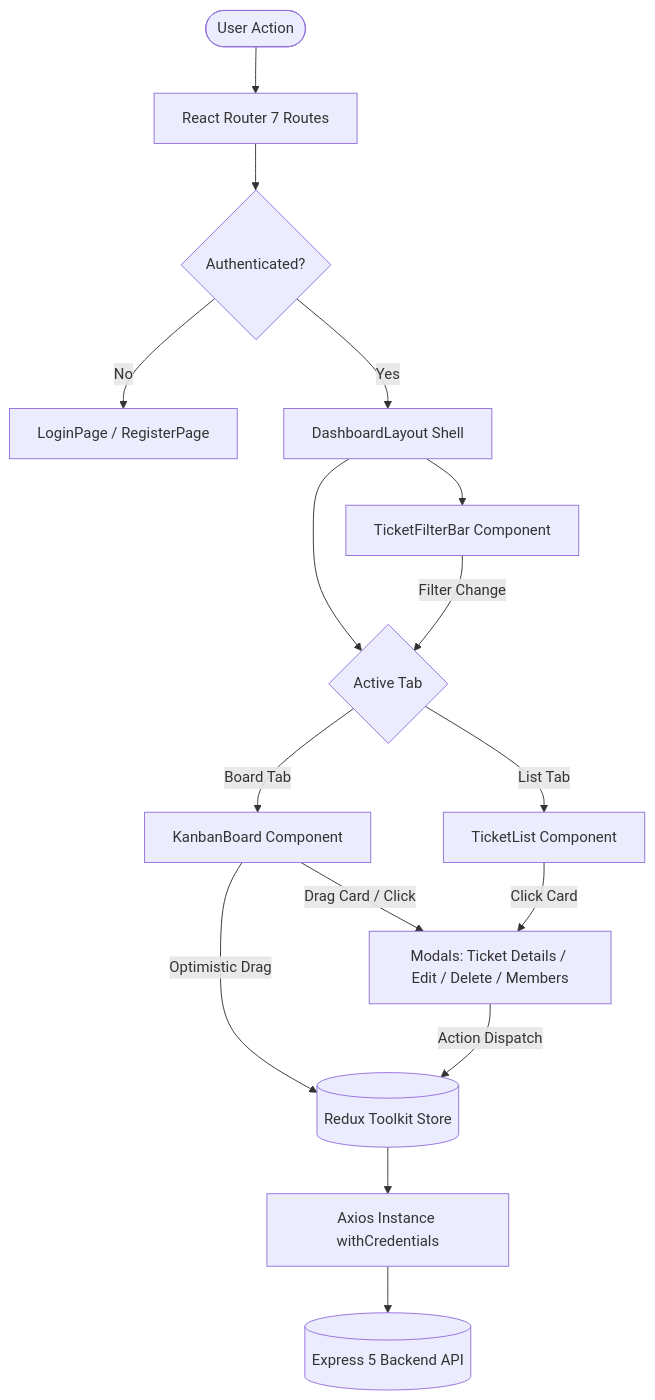
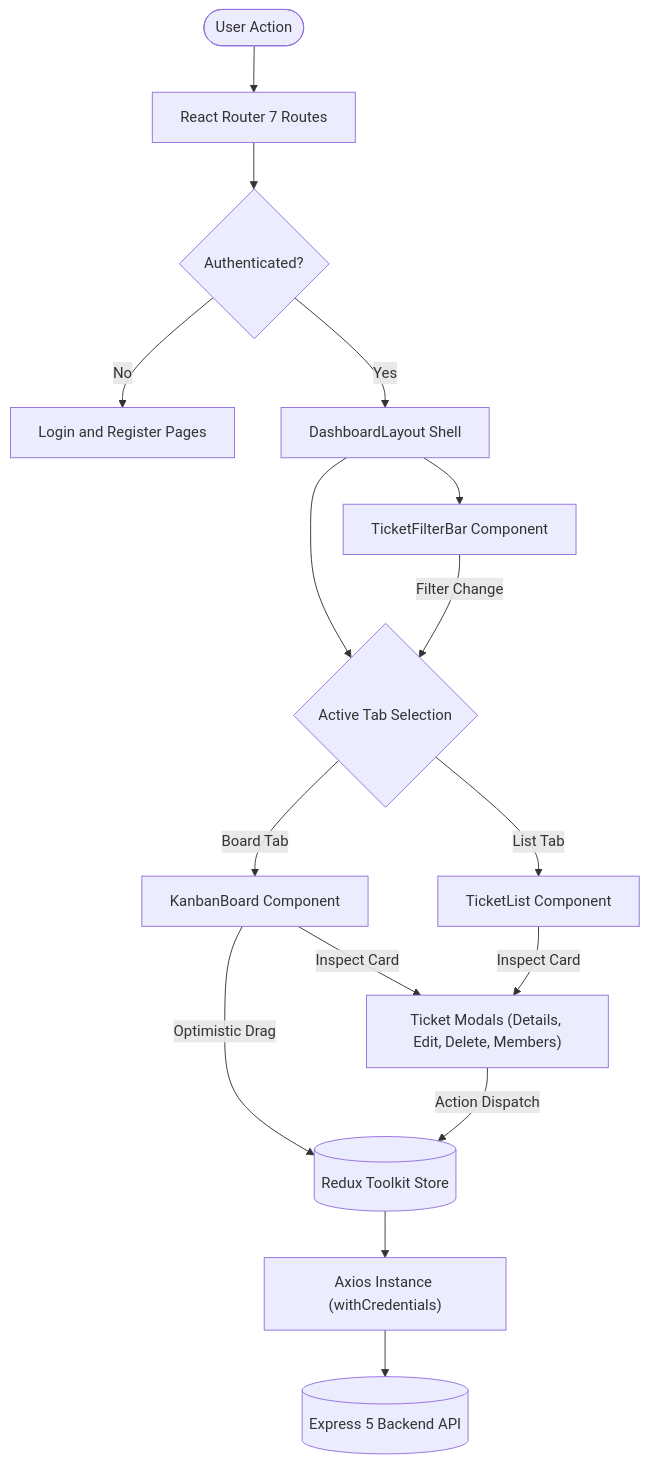
The diagram in README.md (boxbiswas/project_management_frontend), drawn with Mermaid before and after one commit.

````diff
--- a/README.md
+++ b/README.md
@@ -53,32 +53,32 @@
 ```mermaid
 flowchart TD
-    User([User Action])
-    Router[React Router 7 Routes]
-    Guard{Authenticated?}
-    AuthPages[LoginPage / RegisterPage]
-    Dashboard[DashboardLayout Shell]
-    Views{Active Tab}
-    BoardView[KanbanBoard Component]
-    ListView[TicketList Component]
-    FilterBar[TicketFilterBar Component]
-    Modals[Modals: Ticket Details / Edit / Delete / Members]
-    ReduxStore[(Redux Toolkit Store)]
-    Axios[Axios Instance withCredentials]
-    BackendAPI[(Express 5 Backend API)]
+    User(["User Action"])
+    Router["React Router 7 Routes"]
+    Guard{"Authenticated?"}
+    AuthPages["Login and Register Pages"]
+    Dashboard["DashboardLayout Shell"]
+    Views{"Active Tab Selection"}
+    BoardView["KanbanBoard Component"]
+    ListView["TicketList Component"]
+    FilterBar["TicketFilterBar Component"]
+    Modals["Ticket Modals (Details, Edit, Delete, Members)"]
+    ReduxStore[("Redux Toolkit Store")]
+    Axios["Axios Instance (withCredentials)"]
+    BackendAPI[("Express 5 Backend API")]
 
     User --> Router
     Router --> Guard
     Guard -->|No| AuthPages
     Guard -->|Yes| Dashboard
     Dashboard --> FilterBar
     Dashboard --> Views
     Views -->|Board Tab| BoardView
     Views -->|List Tab| ListView
-    BoardView -->|Drag Card / Click| Modals
-    ListView -->|Click Card| Modals
+    BoardView -->|Inspect Card| Modals
+    ListView -->|Inspect Card| Modals
     BoardView -->|Optimistic Drag| ReduxStore
     FilterBar -->|Filter Change| Views
     Modals -->|Action Dispatch| ReduxStore
     ReduxStore --> Axios
     Axios --> BackendAPI
 ```
````
